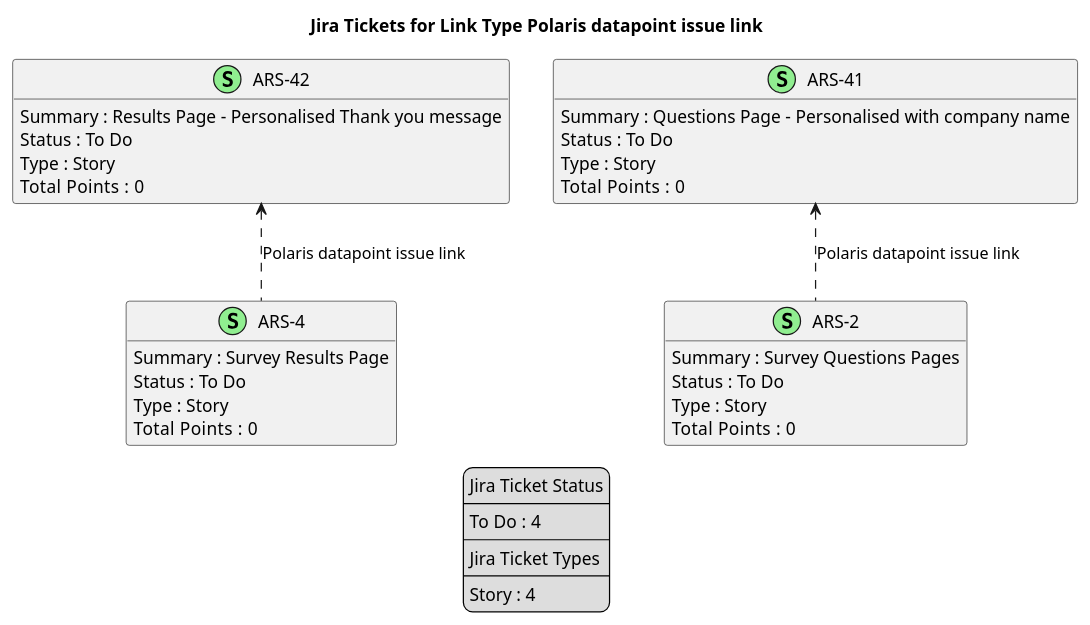
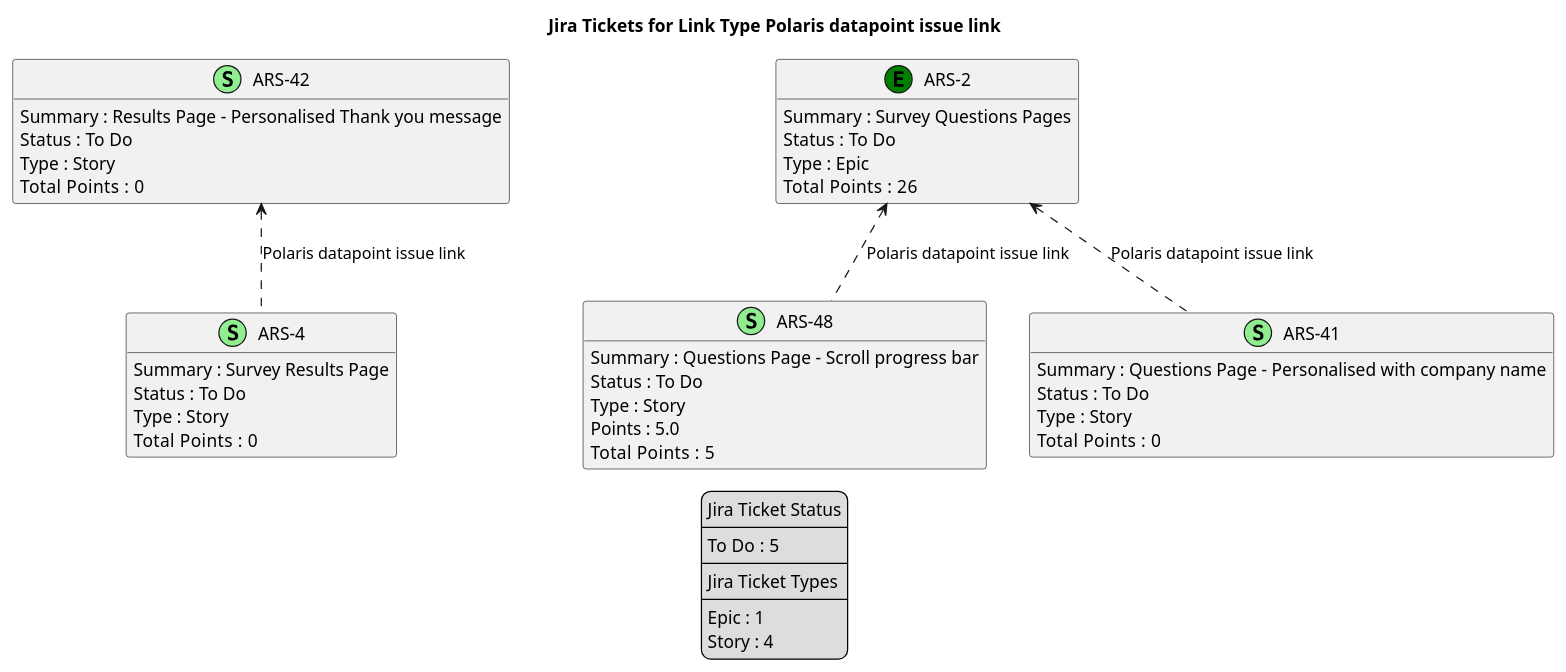
Before and after one commit to brunasti/jiraplotter: the diagram in docs/nexus/jira-LinkType-Polaris_datapoint_issue_link.puml, drawn with PlantUML. The commit also changed 18 other files, not shown here.

Commit message:
Regenerates Nexus diagrams

```diff
--- a/docs/nexus/jira-LinkType-Polaris_datapoint_issue_link.puml
+++ b/docs/nexus/jira-LinkType-Polaris_datapoint_issue_link.puml
@@ -1,59 +1,70 @@
 @startuml
 'https://plantuml.com/class-diagram
 
 ' GENERATE CLASS DIAGRAM ===========
-' Generated at    : Tue May 21 11:41:22 CEST 2024
+' Generated at    : Thu May 23 13:36:26 CEST 2024
 
 title Jira Tickets for Link Type Polaris datapoint issue link
 hide empty members
 
 legend
 Jira Ticket Status
 ----
-To Do : 4
+To Do : 5
 ----
 Jira Ticket Types
 ----
+Epic : 1
 Story : 4
 end legend
 
 
 ' Tickets =======
 class "ARS-4" << (S,lightgreen) >> {
  Summary : Survey Results Page
  Status : To Do
  Type : Story
 Total  Points : 0
 }
 
+class "ARS-48" << (S,lightgreen) >> {
+ Summary : Questions Page - Scroll progress bar
+ Status : To Do
+ Type : Story
+ Points : 5.0
+Total  Points : 5
+}
+
 class "ARS-41" << (S,lightgreen) >> {
  Summary : Questions Page - Personalised with company name
- Status : To Do
- Type : Story
-Total  Points : 0
-}
-
-class "ARS-2" << (S,lightgreen) >> {
- Summary : Survey Questions Pages
  Status : To Do
  Type : Story
 Total  Points : 0
 }
 
 class "ARS-42" << (S,lightgreen) >> {
  Summary : Results Page - Personalised Thank you message
  Status : To Do
  Type : Story
 Total  Points : 0
 }
 
+class "ARS-2" << (E,green) >> {
+ Summary : Survey Questions Pages
+ Status : To Do
+ Type : Epic
+Total  Points : 26
+}
+
 
 
 ' Links =======
-"ARS-41" <.. "ARS-2" : Polaris datapoint issue link
+"ARS-42" <.. "ARS-4" : Polaris datapoint issue link
 
-"ARS-42" <.. "ARS-4" : Polaris datapoint issue link
+"ARS-2" <.. "ARS-48" : Polaris datapoint issue link
+
+"ARS-2" <.. "ARS-41" : Polaris datapoint issue link
 
 
 
 @enduml
```
